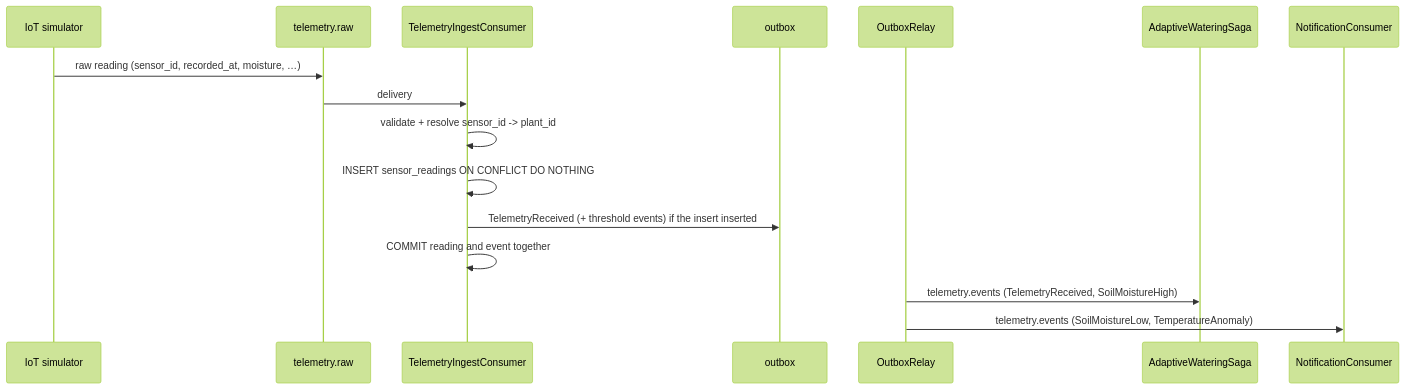
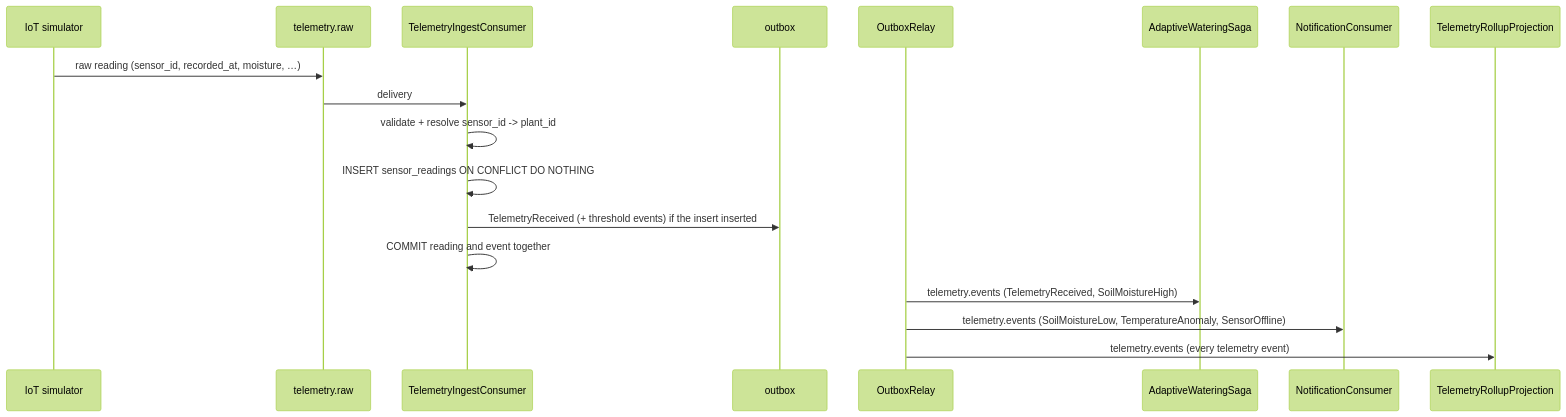
One commit to DisMosGit/plantkeeper changed the third of 3 diagrams in docs/architecture.md. Above: the diagram before and after it, drawn with Mermaid (forest theme). The commit also changed other lines of this file and 14 other files, not shown here.

Commit message:
docs: describe the two-database topology, the query split and the new flows

````diff
--- a/docs/architecture.md
+++ b/docs/architecture.md
@@ -154,19 +185,21 @@
 ```mermaid
 sequenceDiagram
     participant S as IoT simulator
     participant T as telemetry.raw
     participant I as TelemetryIngestConsumer
     participant O as outbox
     participant R as OutboxRelay
     participant G as AdaptiveWateringSaga
     participant N as NotificationConsumer
+    participant P as TelemetryRollupProjection
 
     S->>T: raw reading (sensor_id, recorded_at, moisture, …)
     T->>I: delivery
     I->>I: validate + resolve sensor_id -> plant_id
     I->>I: INSERT sensor_readings ON CONFLICT DO NOTHING
     I->>O: TelemetryReceived (+ threshold events) if the insert inserted
     I->>I: COMMIT reading and event together
     R->>G: telemetry.events (TelemetryReceived, SoilMoistureHigh)
-    R->>N: telemetry.events (SoilMoistureLow, TemperatureAnomaly)
+    R->>N: telemetry.events (SoilMoistureLow, TemperatureAnomaly, SensorOffline)
+    R->>P: telemetry.events (every telemetry event)
 ```
````
